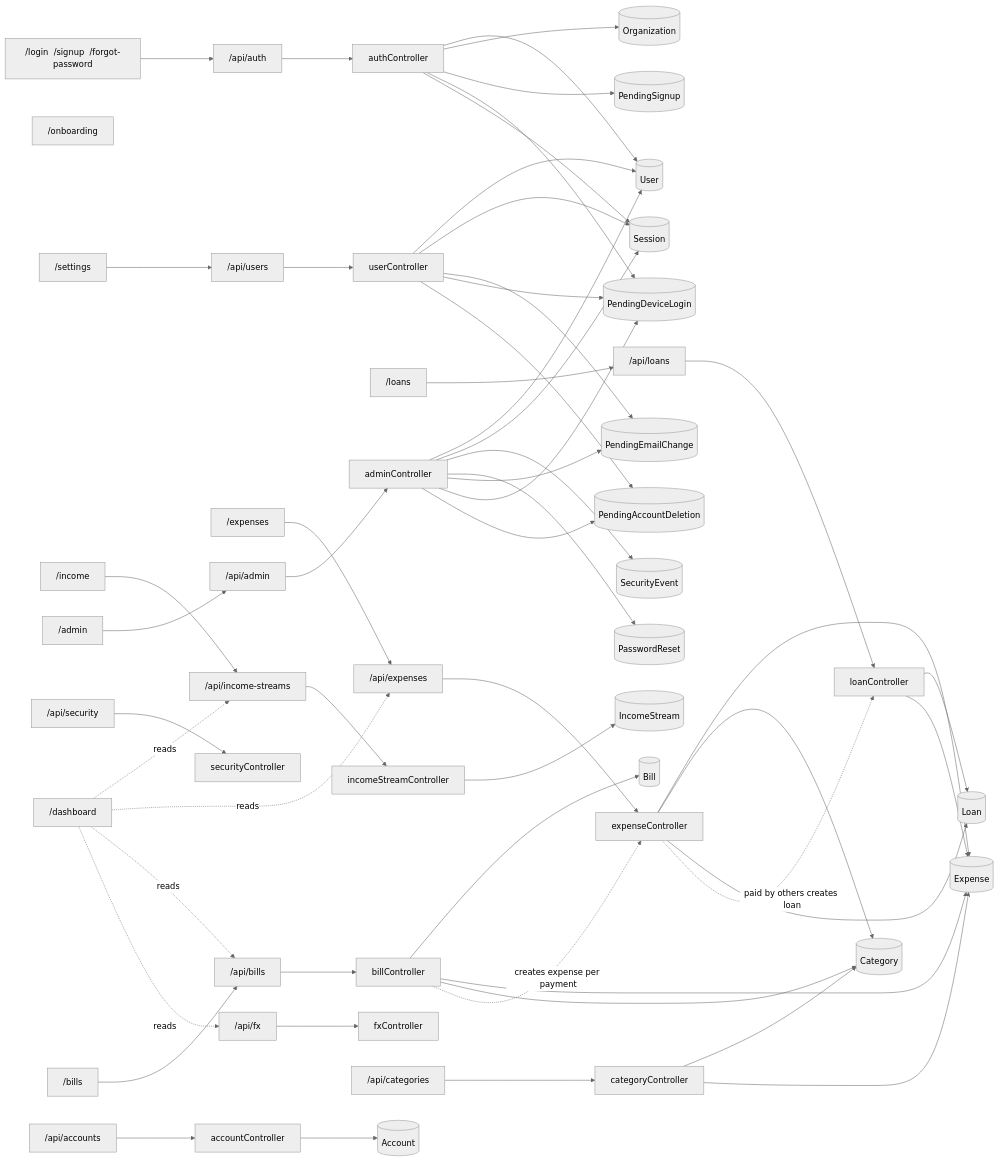
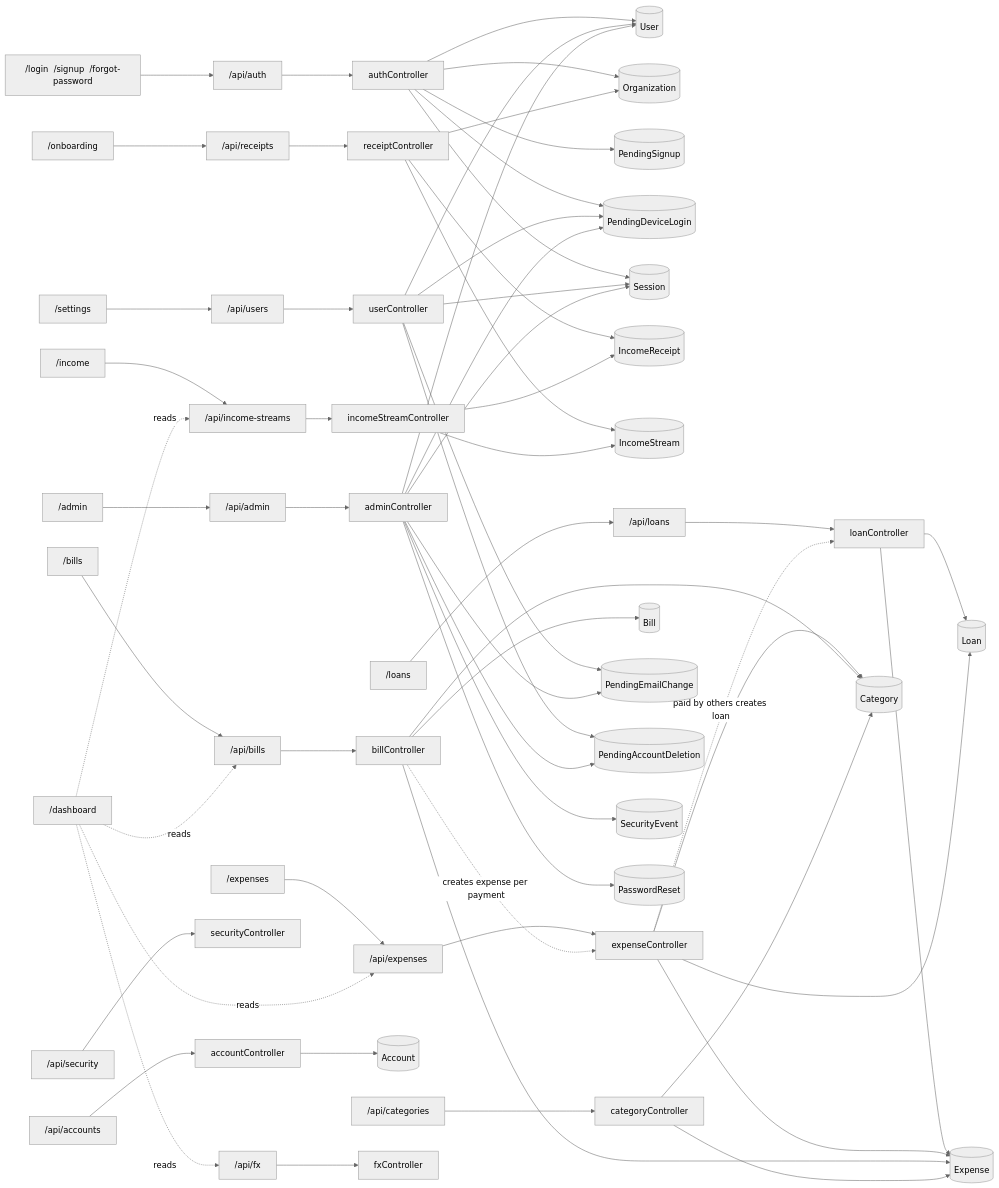
One commit to MuhammadAliMinhas66X/VaultriX changed the second of 2 diagrams in docs/APP-MAP.md. Above: the diagram before and after it, drawn with Mermaid (neutral theme). The commit also changed other lines of this file and 3 other files, not shown here.

Commit message:
docs: CLAUDE.md, APP-MAP and checks for income receipts and balance

````diff
--- a/docs/APP-MAP.md
+++ b/docs/APP-MAP.md
@@ -21,62 +21,67 @@
 ```mermaid
 flowchart LR
   P_auth["/login  /signup  /forgot-password"] --> A_auth["/api/auth"]
   A_auth --> K_auth["authController"]
   K_auth --> M_User[("User")]
   K_auth --> M_Organization[("Organization")]
   K_auth --> M_PendingSignup[("PendingSignup")]
   K_auth --> M_PendingDeviceLogin[("PendingDeviceLogin")]
   K_auth --> M_Session[("Session")]
-  P_shared["/onboarding"]
+  P_shared["/onboarding"] --> A_shared["/api/receipts"]
+  A_shared --> K_shared["receiptController"]
+  K_shared --> M_IncomeReceipt[("IncomeReceipt")]
+  K_shared --> M_IncomeStream[("IncomeStream")]
+  K_shared --> M_Organization[("Organization")]
   P_dashboard["/dashboard"]
   P_income["/income"] --> A_income["/api/income-streams"]
   A_income --> K_income["incomeStreamController"]
+  K_income --> M_IncomeReceipt[("IncomeReceipt")]
   K_income --> M_IncomeStream[("IncomeStream")]
   P_loans["/loans"] --> A_loans["/api/loans"]
   A_loans --> K_loans["loanController"]
   K_loans --> M_Loan[("Loan")]
   K_loans --> M_Expense[("Expense")]
   P_expenses["/expenses"] --> A_expenses["/api/expenses"]
   A_expenses --> K_expenses["expenseController"]
   K_expenses --> M_Expense[("Expense")]
   K_expenses --> M_Category[("Category")]
   K_expenses --> M_Loan[("Loan")]
   P_bills["/bills"] --> A_bills["/api/bills"]
   A_bills --> K_bills["billController"]
   K_bills --> M_Bill[("Bill")]
   K_bills --> M_Expense[("Expense")]
   K_bills --> M_Category[("Category")]
   P_settings["/settings"] --> A_settings["/api/users"]
   A_settings --> K_settings["userController"]
   K_settings --> M_User[("User")]
   K_settings --> M_Session[("Session")]
   K_settings --> M_PendingEmailChange[("PendingEmailChange")]
   K_settings --> M_PendingDeviceLogin[("PendingDeviceLogin")]
   K_settings --> M_PendingAccountDeletion[("PendingAccountDeletion")]
   P_admin["/admin"] --> A_admin["/api/admin"]
   A_admin --> K_admin["adminController"]
   K_admin --> M_User[("User")]
   K_admin --> M_Session[("Session")]
   K_admin --> M_SecurityEvent[("SecurityEvent")]
   K_admin --> M_PasswordReset[("PasswordReset")]
   K_admin --> M_PendingEmailChange[("PendingEmailChange")]
   K_admin --> M_PendingDeviceLogin[("PendingDeviceLogin")]
   K_admin --> M_PendingAccountDeletion[("PendingAccountDeletion")]
   A_security["/api/security"]
   A_security --> K_security["securityController"]
   A_accounts["/api/accounts"]
   A_accounts --> K_accounts["accountController"]
   K_accounts --> M_Account[("Account")]
   A_categories["/api/categories"]
   A_categories --> K_categories["categoryController"]
   K_categories --> M_Category[("Category")]
   K_categories --> M_Expense[("Expense")]
   A_rates["/api/fx"]
   A_rates --> K_rates["fxController"]
   P_dashboard -. reads .-> A_income
   P_dashboard -. reads .-> A_expenses
   P_dashboard -. reads .-> A_bills
   P_dashboard -. reads .-> A_rates
   K_bills -. creates expense per payment .-> K_expenses
   K_expenses -. paid by others creates loan .-> K_loans
 ```
````
